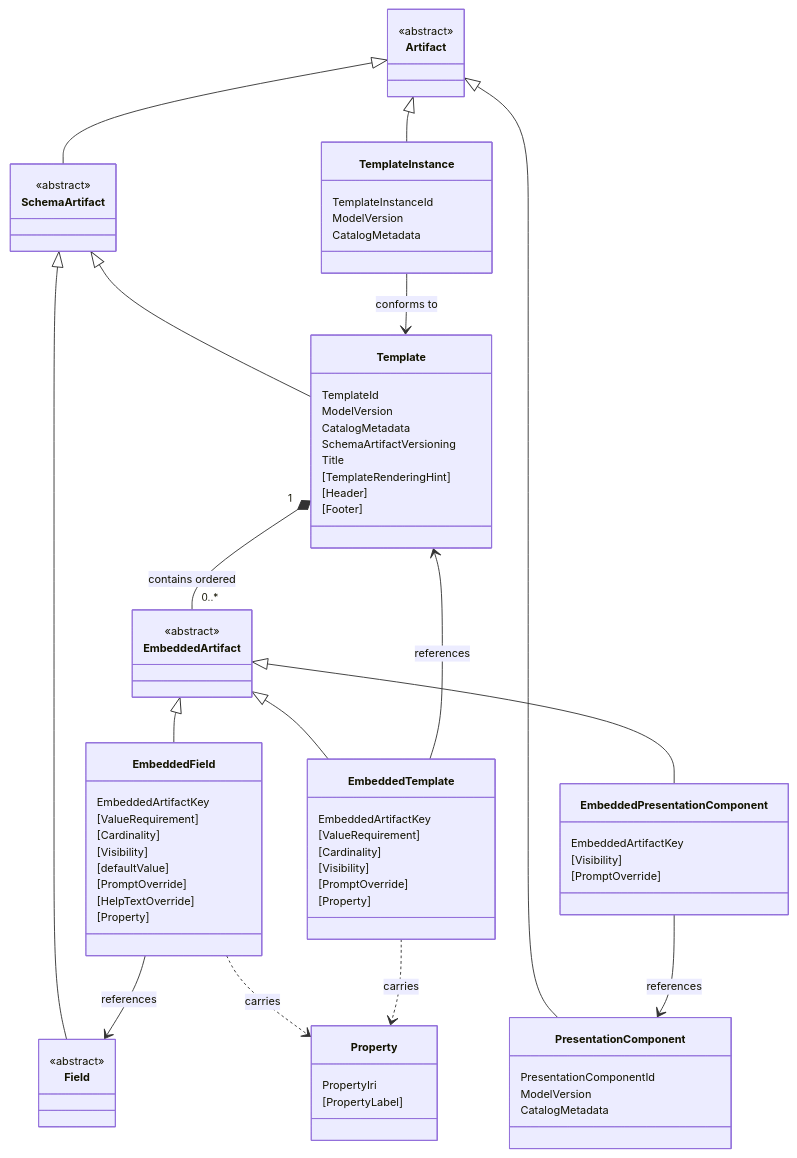
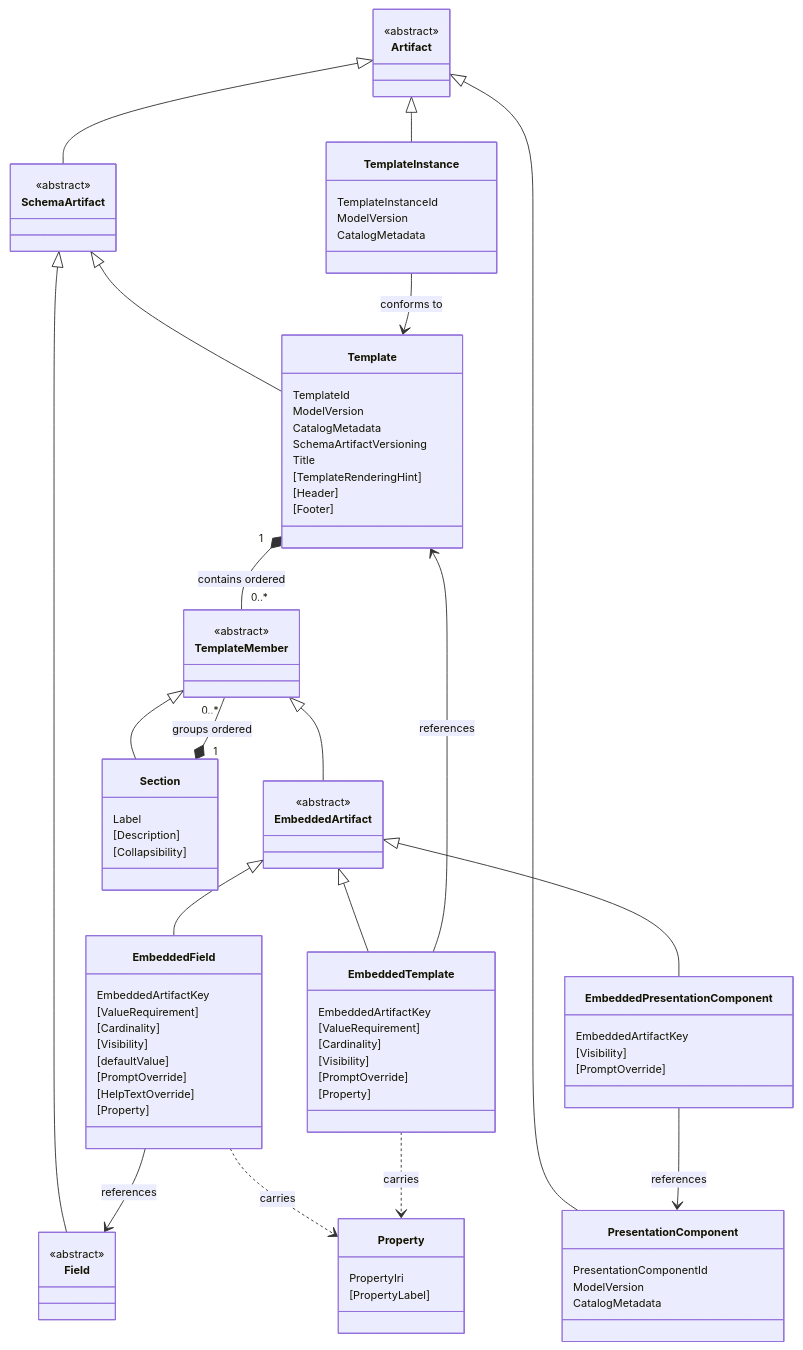
The diagram in spec/grammar.md (metadatacenter/cedar-structural-spec), drawn with Mermaid before and after one commit. The commit also changed other lines of this file and 7 other files, not shown here.

```diff
--- a/spec/grammar.md
+++ b/spec/grammar.md
@@ -139,8 +139,16 @@
     CatalogMetadata
   }
 
+  class TemplateMember {
+    <<abstract>>
+  }
   class EmbeddedArtifact {
     <<abstract>>
+  }
+  class Section {
+    Label
+    [Description]
+    [Collapsibility]
   }
   class EmbeddedField {
     EmbeddedArtifactKey
@@ -177,7 +185,11 @@
   SchemaArtifact <|-- Field
   SchemaArtifact <|-- Template
 
-  Template "1" *-- "0..*" EmbeddedArtifact : contains ordered
+  Template "1" *-- "0..*" TemplateMember : contains ordered
+
+  TemplateMember <|-- EmbeddedArtifact
+  TemplateMember <|-- Section
+  Section "1" *-- "0..*" TemplateMember : groups ordered
 
   EmbeddedArtifact <|-- EmbeddedField
   EmbeddedArtifact <|-- EmbeddedTemplate
@@ -196,7 +208,9 @@
   click Template href "#prod-Template"
   click PresentationComponent href "#prod-PresentationComponent"
   click TemplateInstance href "#prod-TemplateInstance"
+  click TemplateMember href "#prod-TemplateMember"
   click EmbeddedArtifact href "#prod-EmbeddedArtifact"
+  click Section href "#prod-Section"
   click EmbeddedField href "#prod-EmbeddedField"
   click EmbeddedTemplate href "#prod-EmbeddedTemplate"
   click EmbeddedPresentationComponent href "#prod-EmbeddedPresentationComponent"
```
